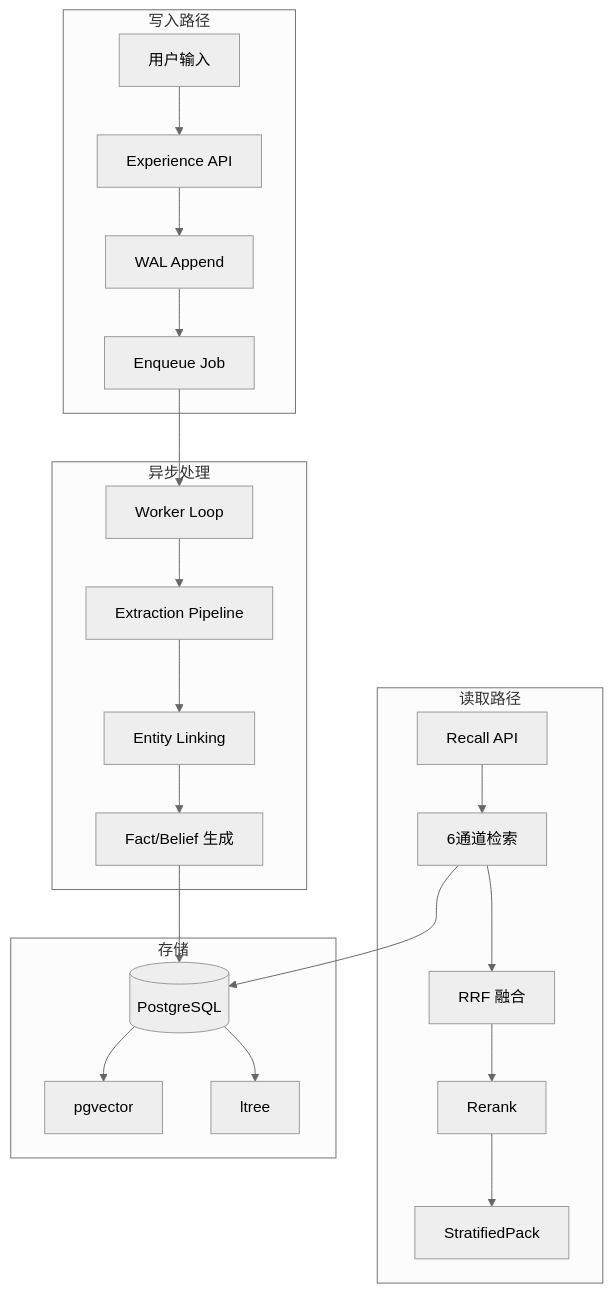
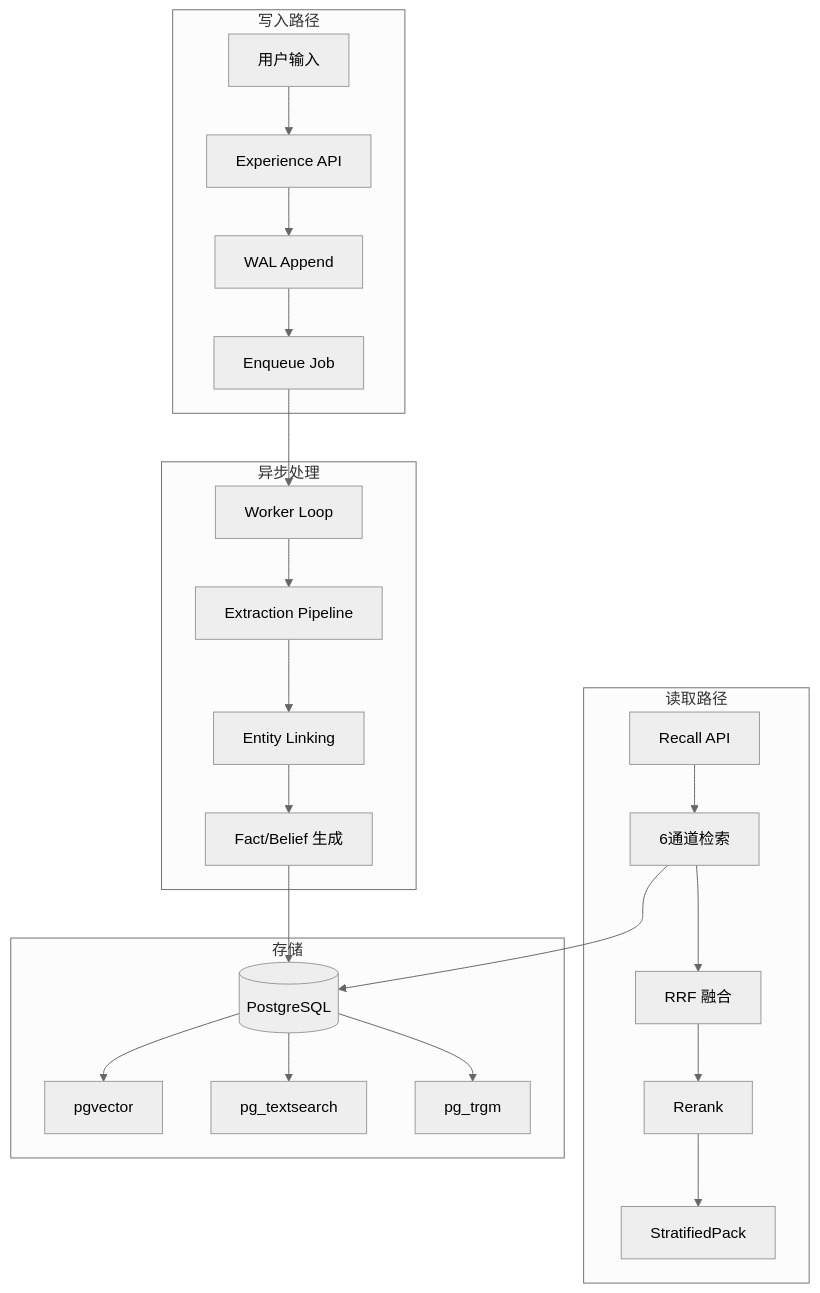
The first of 3 diagrams in source/chapters/00-overview.md (pty819/cortex-py-book), drawn with Mermaid (neutral theme) before and after one commit. The commit also changed other lines of this file and 23 other files, not shown here.

````diff
--- a/source/chapters/00-overview.md
+++ b/source/chapters/00-overview.md
@@ -16,33 +16,35 @@
 ```{mermaid}
 graph TB
     subgraph 写入路径
         A[用户输入] --> B[Experience API]
         B --> C[WAL Append]
         C --> D[Enqueue Job]
     end
     
     subgraph 异步处理
         D --> E[Worker Loop]
         E --> F[Extraction Pipeline]
         F --> G[Entity Linking]
         G --> H[Fact/Belief 生成]
     end
     
     subgraph 读取路径
         I[Recall API] --> J[6通道检索]
         J --> K[RRF 融合]
         K --> L[Rerank]
         L --> M[StratifiedPack]
     end
     
     subgraph 存储
         N[(PostgreSQL)]
         O[pgvector]
-        P[ltree]
+        P[pg_textsearch]
+        Q[pg_trgm]
     end
     
     H --> N
     J --> N
     N --> O
     N --> P
+    N --> Q
 ```
````
